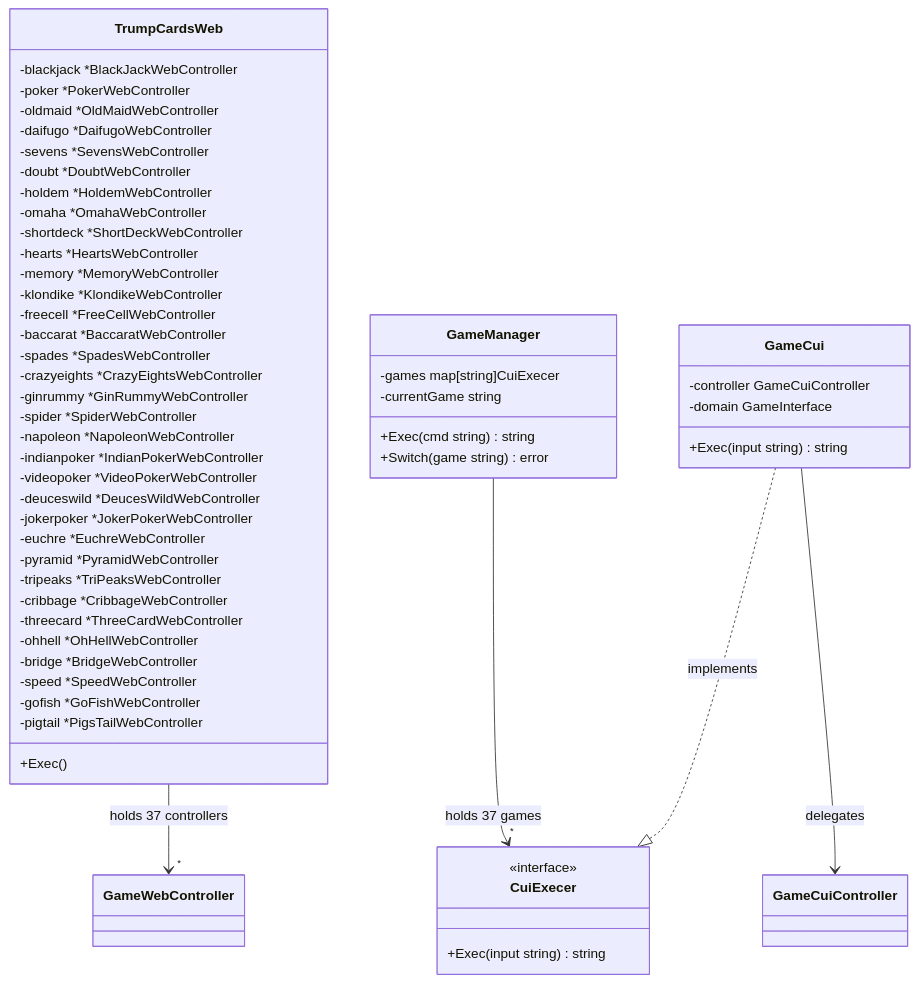
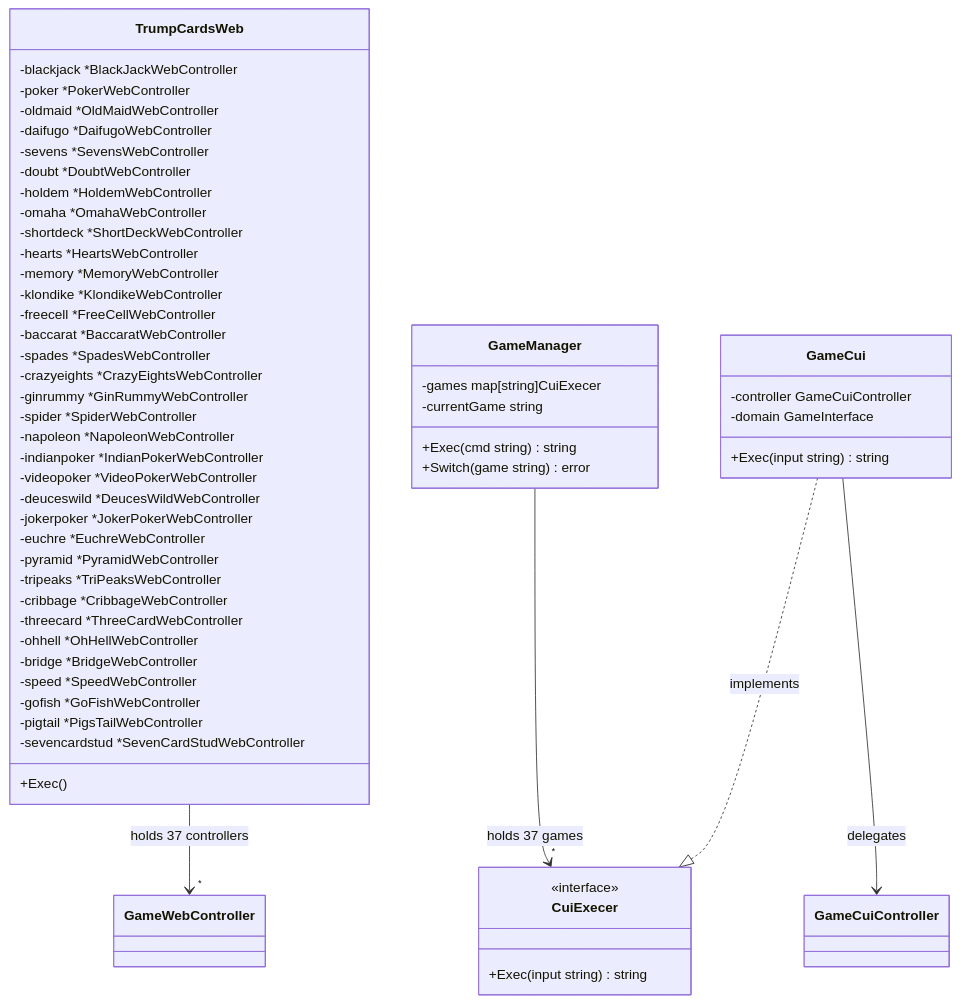
Diagram 12 of 50 in docs/design/backend.md (yuta-yoshinaga/go_trumpcards), drawn with Mermaid before and after one commit. The commit also changed other lines of this file and 58 other files, not shown here.

First line of the commit message:
feat: add Seven Card Stud (7-Card Stud) poker game

````diff
--- a/docs/design/backend.md
+++ b/docs/design/backend.md
@@ -1133,62 +1192,63 @@
 ```mermaid
 classDiagram
     class TrumpCardsWeb {
         -blackjack *BlackJackWebController
         -poker *PokerWebController
         -oldmaid *OldMaidWebController
         -daifugo *DaifugoWebController
         -sevens *SevensWebController
         -doubt *DoubtWebController
         -holdem *HoldemWebController
         -omaha *OmahaWebController
         -shortdeck *ShortDeckWebController
         -hearts *HeartsWebController
         -memory *MemoryWebController
         -klondike *KlondikeWebController
         -freecell *FreeCellWebController
         -baccarat *BaccaratWebController
         -spades *SpadesWebController
         -crazyeights *CrazyEightsWebController
         -ginrummy *GinRummyWebController
         -spider *SpiderWebController
         -napoleon *NapoleonWebController
         -indianpoker *IndianPokerWebController
         -videopoker *VideoPokerWebController
         -deuceswild *DeucesWildWebController
         -jokerpoker *JokerPokerWebController
         -euchre *EuchreWebController
         -pyramid *PyramidWebController
         -tripeaks *TriPeaksWebController
         -cribbage *CribbageWebController
         -threecard *ThreeCardWebController
         -ohhell *OhHellWebController
         -bridge *BridgeWebController
         -speed *SpeedWebController
         -gofish *GoFishWebController
         -pigtail *PigsTailWebController
+        -sevencardstud *SevenCardStudWebController
         +Exec()
     }
 
     class GameManager {
         -games map[string]CuiExecer
         -currentGame string
         +Exec(cmd string) string
         +Switch(game string) error
     }
 
     class CuiExecer {
         <<interface>>
         +Exec(input string) string
     }
 
     class GameCui {
         -controller GameCuiController
         -domain GameInterface
         +Exec(input string) string
     }
 
     TrumpCardsWeb --> "*" GameWebController : holds 37 controllers
     GameManager --> "*" CuiExecer : holds 37 games
     GameCui ..|> CuiExecer : implements
     GameCui --> GameCuiController : delegates
 ```
````
